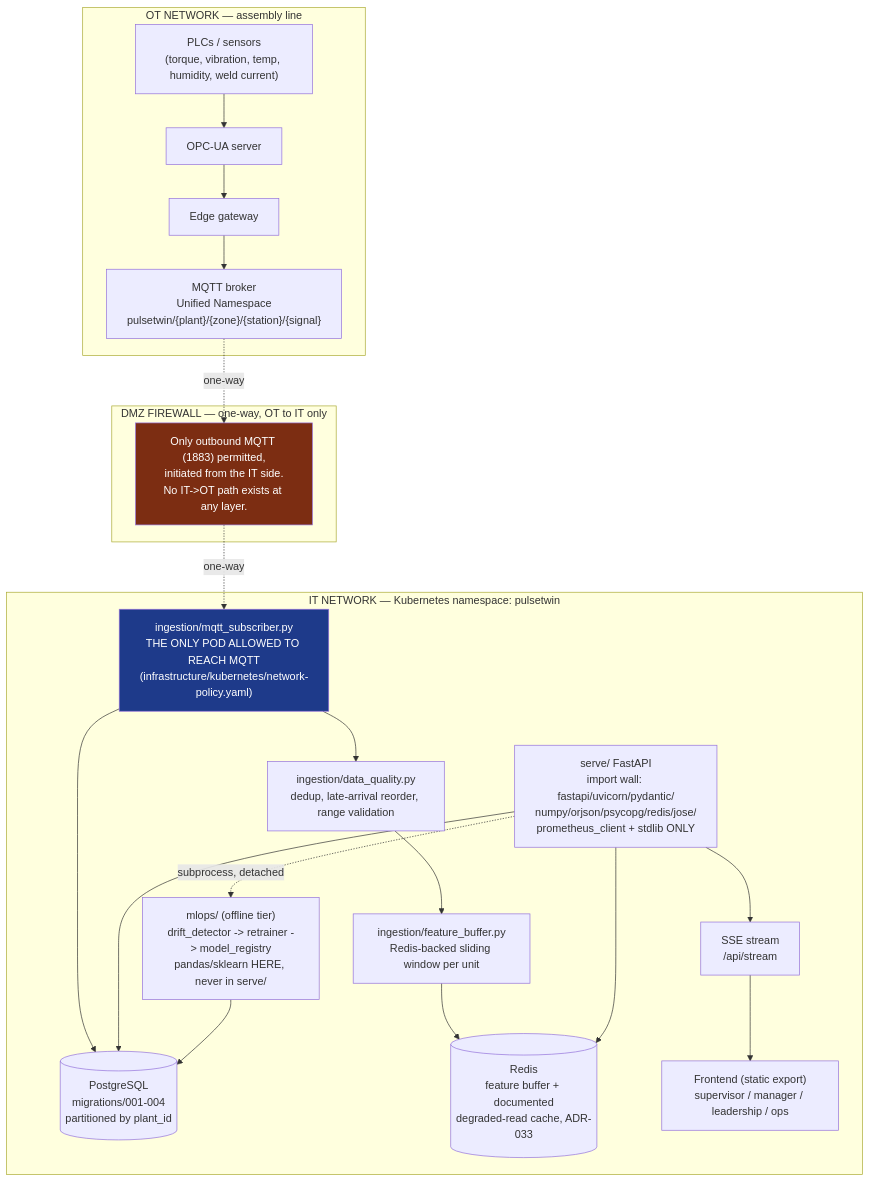
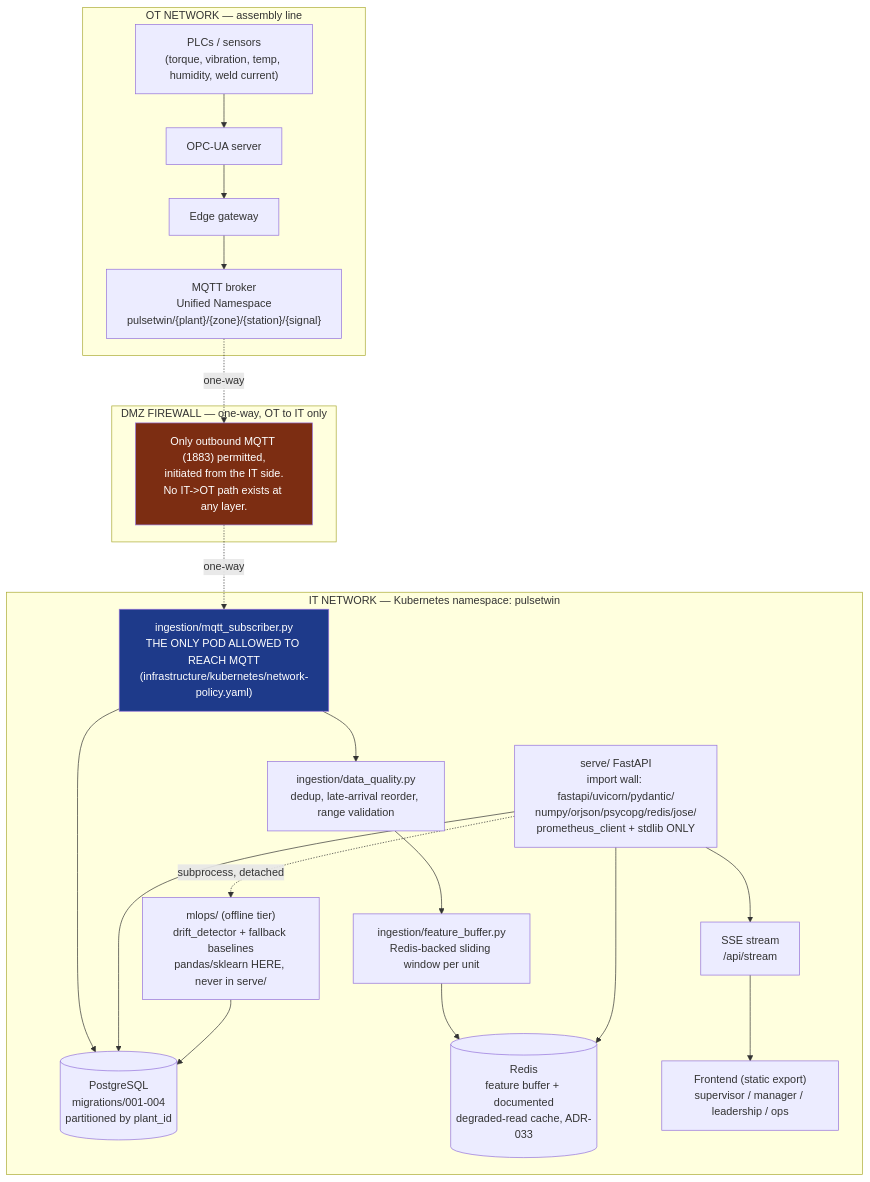
The diagram in docs/PRODUCTION_ARCHITECTURE.md (mukulhayaran/PulseTwin-Accenture-Innovate-X-F), drawn with Mermaid before and after one commit. The commit also changed other lines of this file and 49 other files, not shown here.

````diff
--- a/docs/PRODUCTION_ARCHITECTURE.md
+++ b/docs/PRODUCTION_ARCHITECTURE.md
@@ -18,39 +18,39 @@
 ```mermaid
 flowchart TB
     subgraph OT["OT NETWORK — assembly line"]
         PLC["PLCs / sensors\n(torque, vibration, temp, humidity, weld current)"]
         OPCUA["OPC-UA server"]
         EDGE["Edge gateway"]
         MQTT["MQTT broker\nUnified Namespace\npulsetwin/{plant}/{zone}/{station}/{signal}"]
         PLC --> OPCUA --> EDGE --> MQTT
     end
 
     subgraph DMZ["DMZ FIREWALL — one-way, OT to IT only"]
         FW["Only outbound MQTT (1883) permitted,\ninitiated from the IT side.\nNo IT->OT path exists at any layer."]
     end
 
     subgraph IT["IT NETWORK — Kubernetes namespace: pulsetwin"]
         SUB["ingestion/mqtt_subscriber.py\nTHE ONLY POD ALLOWED TO REACH MQTT\n(infrastructure/kubernetes/network-policy.yaml)"]
         DQ["ingestion/data_quality.py\ndedup, late-arrival reorder, range validation"]
         BUF["ingestion/feature_buffer.py\nRedis-backed sliding window per unit"]
         PG[("PostgreSQL\nmigrations/001-004\npartitioned by plant_id")]
         REDIS[("Redis\nfeature buffer + documented\ndegraded-read cache, ADR-033")]
         API["serve/ FastAPI\nimport wall: fastapi/uvicorn/pydantic/\nnumpy/orjson/psycopg/redis/jose/\nprometheus_client + stdlib ONLY"]
         SSE["SSE stream\n/api/stream"]
         FE["Frontend (static export)\nsupervisor / manager / leadership / ops"]
-        MLOPS["mlops/ (offline tier)\ndrift_detector -> retrainer -> model_registry\npandas/sklearn HERE, never in serve/"]
+        MLOPS["mlops/ (offline tier)\ndrift_detector + fallback baselines\npandas/sklearn HERE, never in serve/"]
 
         MQTT -. one-way .-> FW -. one-way .-> SUB
         SUB --> DQ --> BUF
         SUB --> PG
         BUF --> REDIS
         API --> PG
         API --> REDIS
         API --> SSE --> FE
         API -. subprocess, detached .-> MLOPS
         MLOPS --> PG
     end
 
     style FW fill:#7c2d12,color:#fff
     style SUB fill:#1e3a8a,color:#fff
 ```
````
